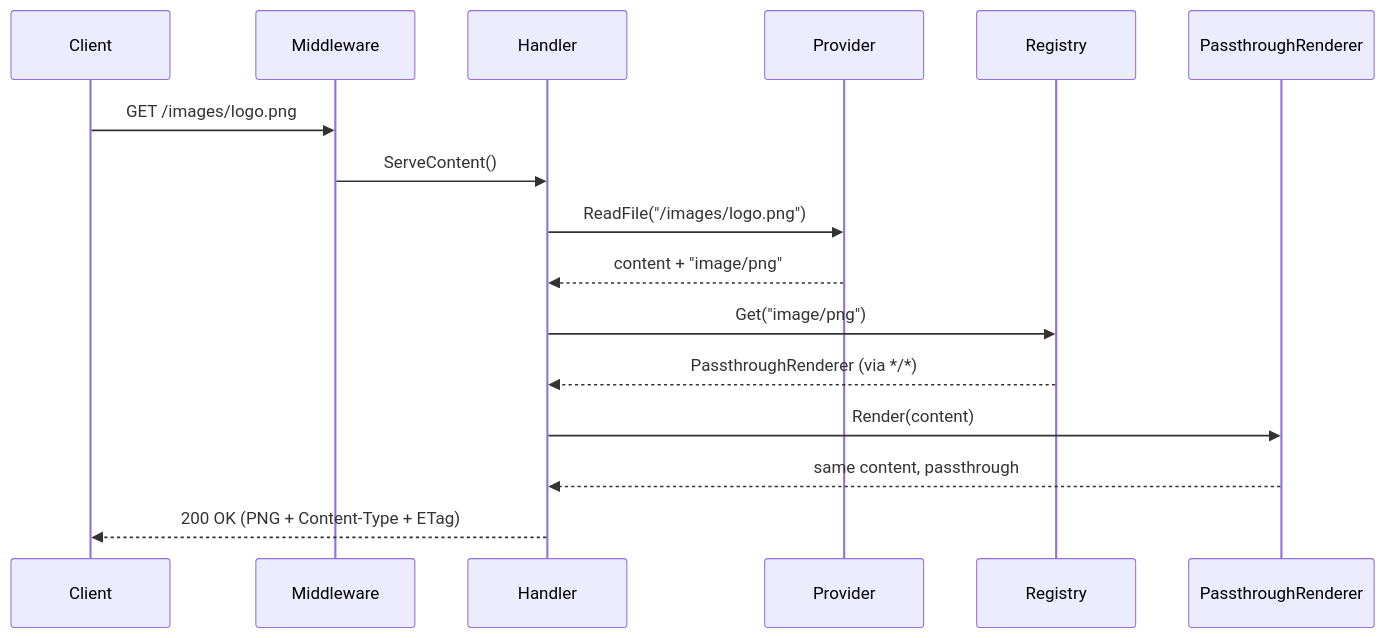
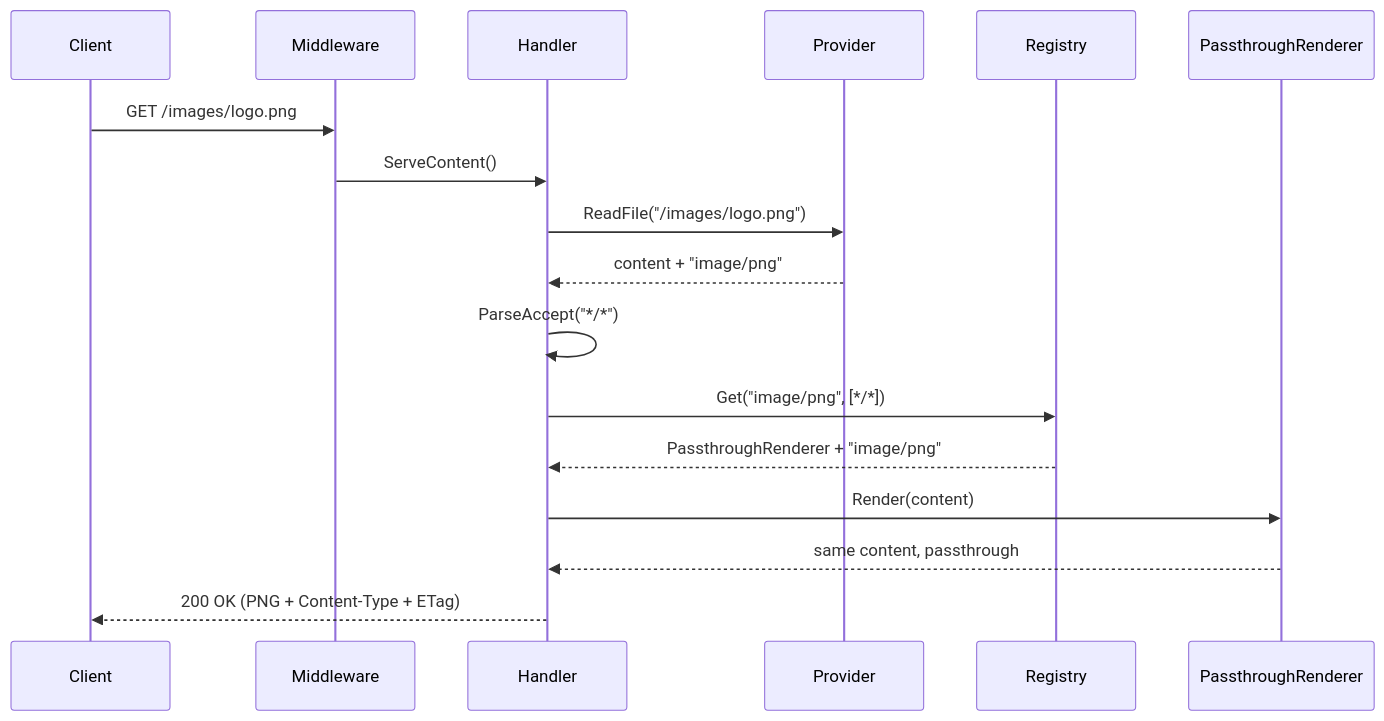
One commit to monolithiclab/gomddoc changed the third of 3 diagrams in docs/architecture.md. Above: the diagram before and after it, drawn with Mermaid. The commit also changed other lines of this file and 24 other files, not shown here.

````diff
--- a/docs/architecture.md
+++ b/docs/architecture.md
@@ -292,19 +305,20 @@
 ```mermaid
 sequenceDiagram
     participant C as Client
     participant M as Middleware
     participant H as Handler
     participant P as Provider
     participant Reg as Registry
     participant R as PassthroughRenderer
 
     C->>M: GET /images/logo.png
     M->>H: ServeContent()
     H->>P: ReadFile("/images/logo.png")
     P-->>H: content + "image/png"
-    H->>Reg: Get("image/png")
-    Reg-->>H: PassthroughRenderer (via */*)
+    H->>H: ParseAccept("*/*")
+    H->>Reg: Get("image/png", [*/*])
+    Reg-->>H: PassthroughRenderer + "image/png"
     H->>R: Render(content)
     R-->>H: same content, passthrough
     H-->>C: 200 OK (PNG + Content-Type + ETag)
 ```
````
